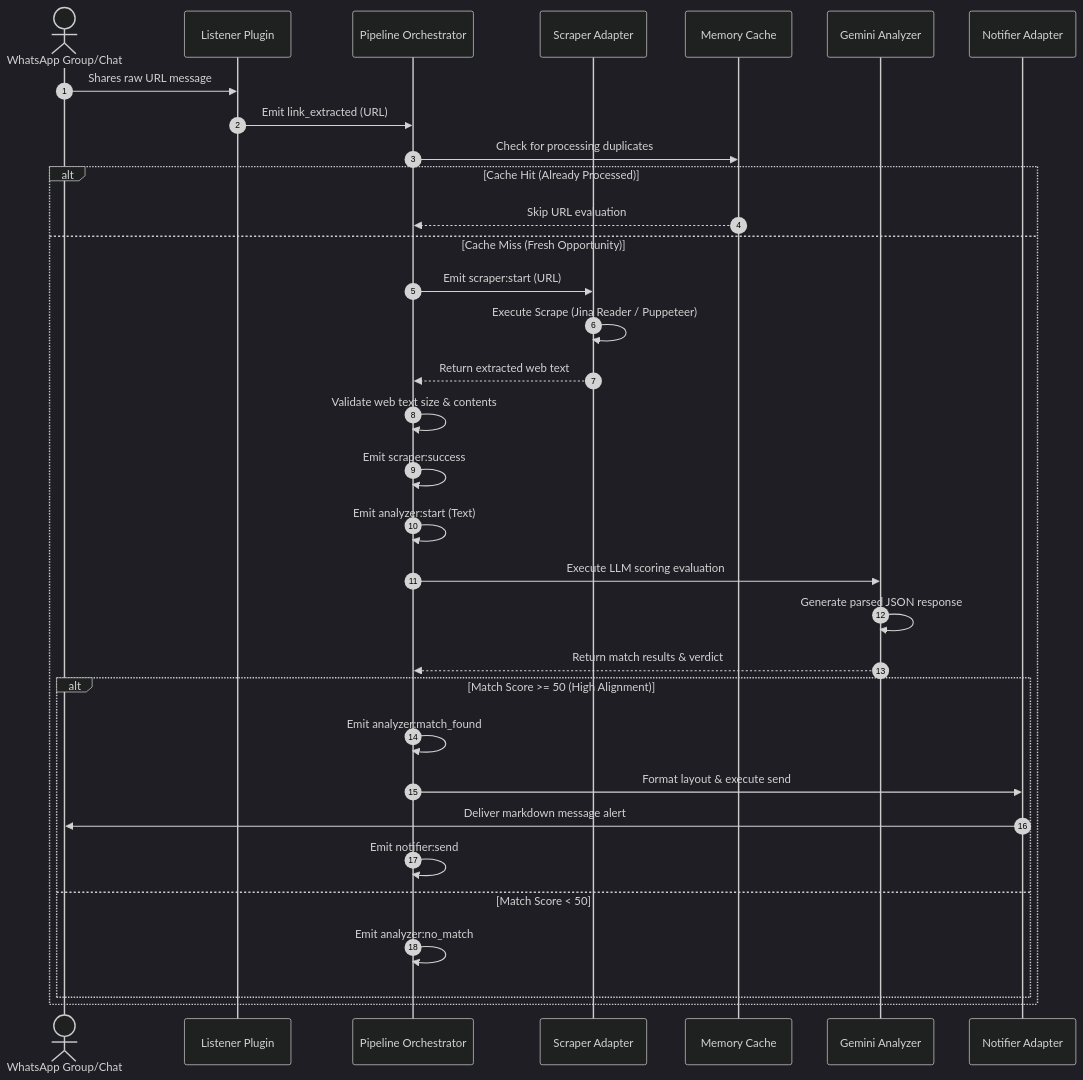
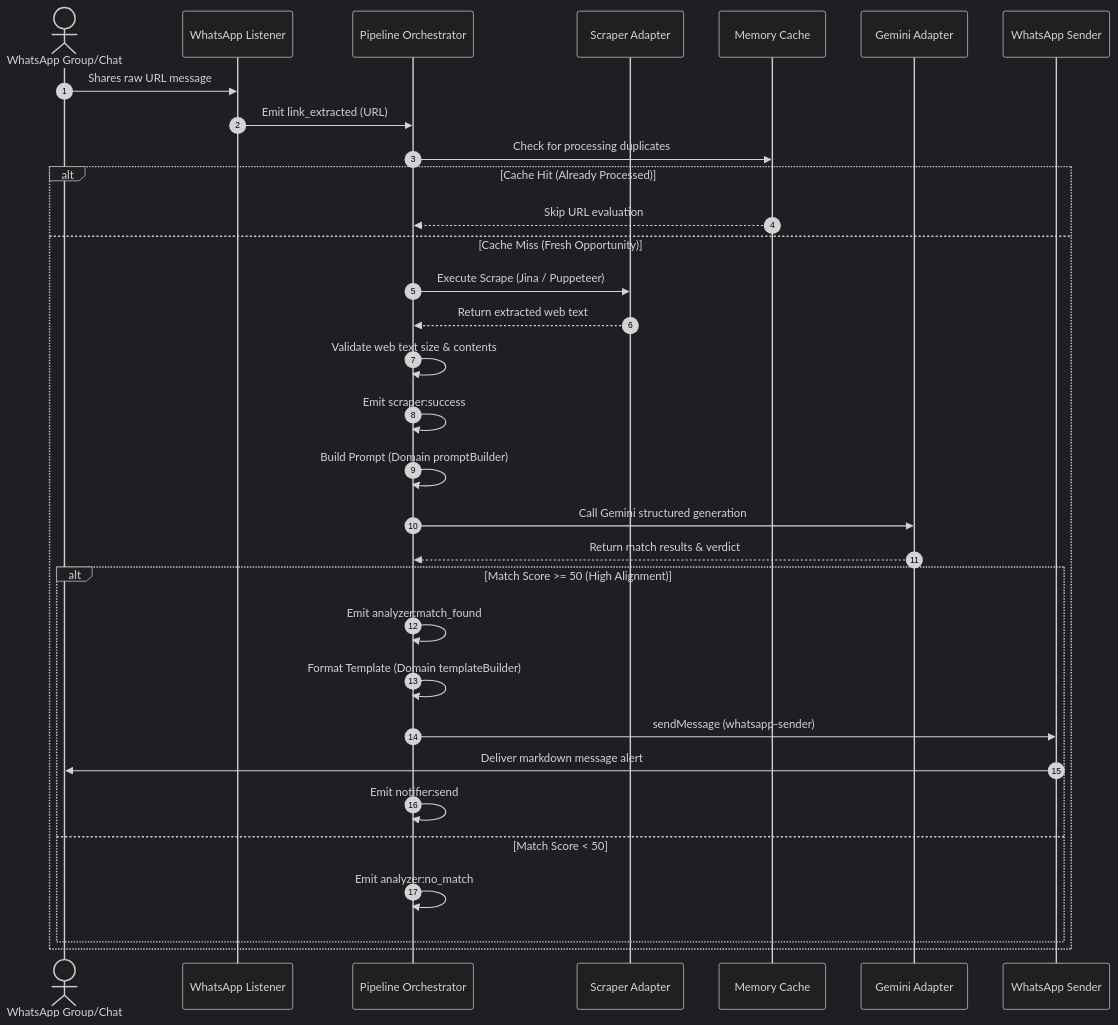
Before and after one commit to AhmadHassan-BTed/Noria: the second of 2 diagrams in README.md, drawn with Mermaid (dark theme). The commit also changed other lines of this file and 69 other files, not shown here.

Commit message:
feat: implement core infrastructure for LLM-based job and scholarship processing pipelines

````diff
--- a/README.md
+++ b/README.md
@@ -79,36 +66,35 @@
 ```mermaid
 sequenceDiagram
     autonumber
     actor TargetChat as WhatsApp Group/Chat
-    participant Listener as Listener Plugin
+    participant Listener as WhatsApp Listener
     participant Core as Pipeline Orchestrator
     participant Scraper as Scraper Adapter
     participant Cache as Memory Cache
-    participant Analyzer as Gemini Analyzer
-    participant Notifier as Notifier Adapter
+    participant Analyzer as Gemini Adapter
+    participant Sender as WhatsApp Sender
 
     TargetChat->>Listener: Shares raw URL message
     Listener->>Core: Emit link_extracted (URL)
     Core->>Cache: Check for processing duplicates
     alt Cache Hit (Already Processed)
         Cache-->>Core: Skip URL evaluation
     else Cache Miss (Fresh Opportunity)
-        Core->>Scraper: Emit scraper:start (URL)
-        Scraper->>Scraper: Execute Scrape (Jina Reader / Puppeteer)
+        Core->>Scraper: Execute Scrape (Jina / Puppeteer)
         Scraper-->>Core: Return extracted web text
         Core->>Core: Validate web text size & contents
         Core->>Core: Emit scraper:success
-        Core->>Core: Emit analyzer:start (Text)
-        Core->>Analyzer: Execute LLM scoring evaluation
-        Analyzer->>Analyzer: Generate parsed JSON response
+        Core->>Core: Build Prompt (Domain promptBuilder)
+        Core->>Analyzer: Call Gemini structured generation
         Analyzer-->>Core: Return match results & verdict
         alt Match Score >= 50 (High Alignment)
             Core->>Core: Emit analyzer:match_found
-            Core->>Notifier: Format layout & execute send
-            Notifier->>TargetChat: Deliver markdown message alert
+            Core->>Core: Format Template (Domain templateBuilder)
+            Core->>Sender: sendMessage (whatsapp-sender)
+            Sender->>TargetChat: Deliver markdown message alert
             Core->>Core: Emit notifier:send
         else Match Score < 50
             Core->>Core: Emit analyzer:no_match
         end
     end
 ```
````
